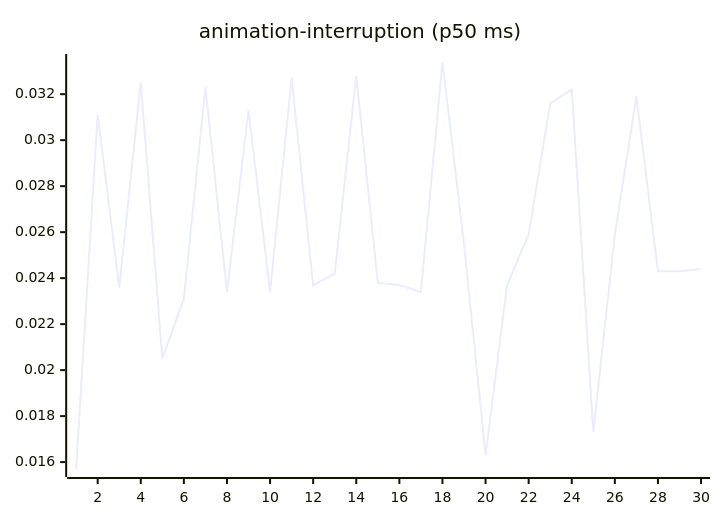
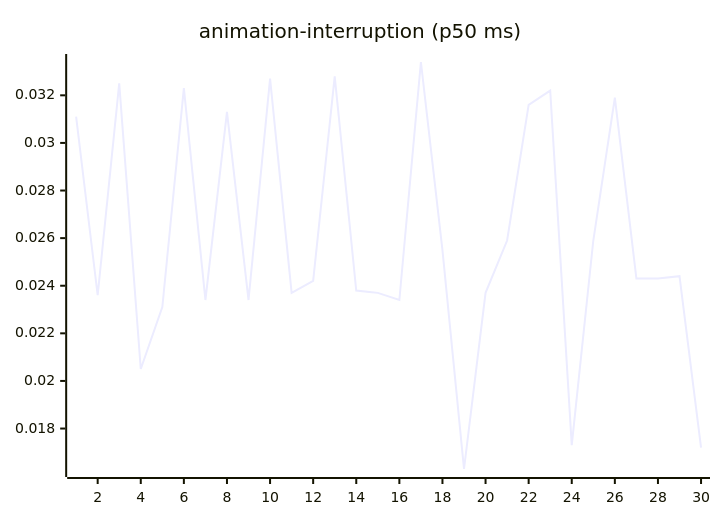
One commit to josha/Facet changed the third of 27 diagrams in README.md. Above: the diagram before and after it, drawn with Mermaid. The commit also changed other lines of this file and 2 other files, not shown here.

````diff
--- a/README.md
+++ b/README.md
@@ -77,6 +77,6 @@
 ```mermaid
 xychart-beta
     title "animation-interruption (p50 ms)"
     x-axis 1 --> 30
-    line [0.0157, 0.0311, 0.0236, 0.0325, 0.0205, 0.0231, 0.0323, 0.0234, 0.0313, 0.0234, 0.0327, 0.0237, 0.0242, 0.0328, 0.0238, 0.0237, 0.0234, 0.0334, 0.0255, 0.0163, 0.0237, 0.0259, 0.0316, 0.0322, 0.0173, 0.0259, 0.0319, 0.0243, 0.0243, 0.0244]
+    line [0.0311, 0.0236, 0.0325, 0.0205, 0.0231, 0.0323, 0.0234, 0.0313, 0.0234, 0.0327, 0.0237, 0.0242, 0.0328, 0.0238, 0.0237, 0.0234, 0.0334, 0.0255, 0.0163, 0.0237, 0.0259, 0.0316, 0.0322, 0.0173, 0.0259, 0.0319, 0.0243, 0.0243, 0.0244, 0.0172]
 ```
````
